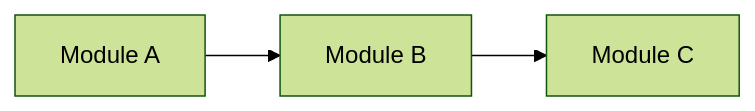
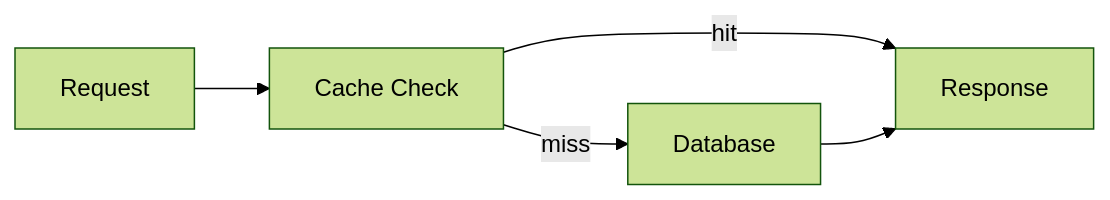
One commit to mayurpise/draft changed the third of 6 diagrams in core/templates/architecture.md. Above: the diagram before and after it, drawn with Mermaid (forest theme). The commit also changed other lines of this file and 9 other files, not shown here.

````diff
--- a/core/templates/architecture.md
+++ b/core/templates/architecture.md
@@ -161,5 +157,7 @@
 ```mermaid
-graph LR
-    A["Module A"] --> B["Module B"]
-    B --> C["Module C"]
+flowchart LR
+    A["Request"] --> B["Cache Check"]
+    B -->|"miss"| C["Database"]
+    B -->|"hit"| D["Response"]
+    C --> D
 ```
````
